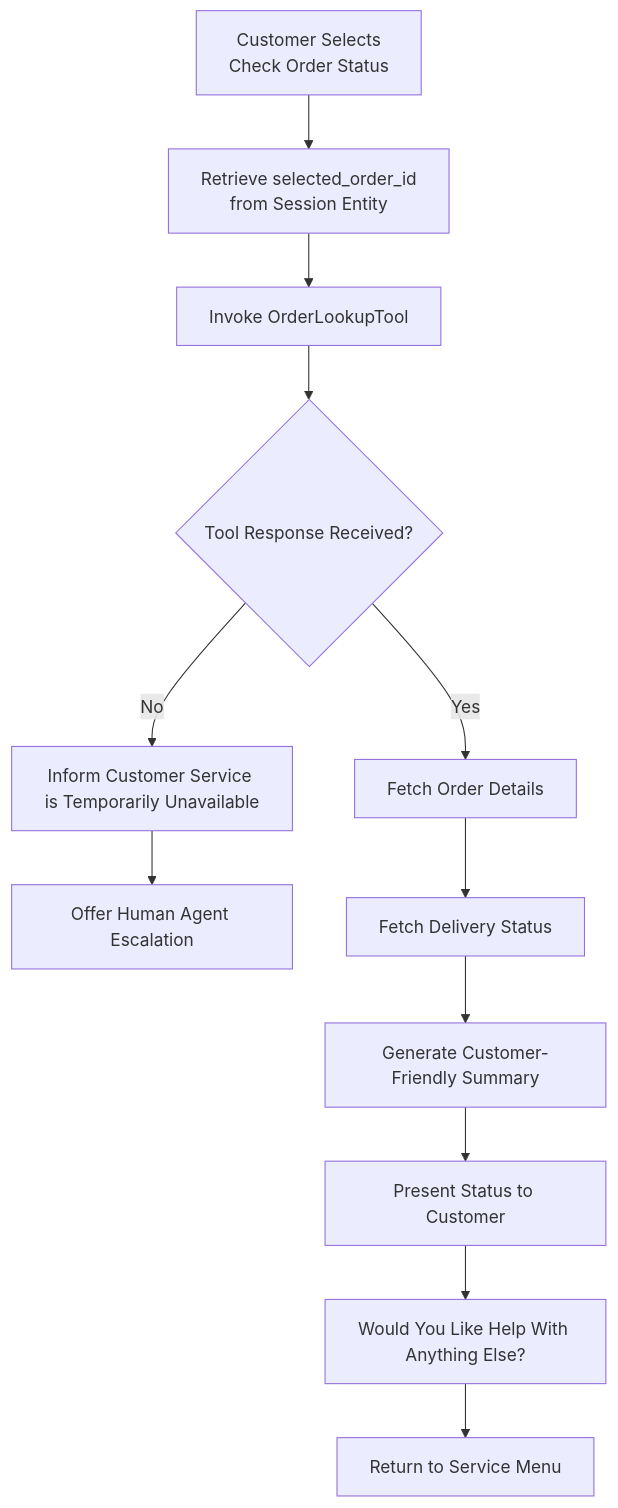
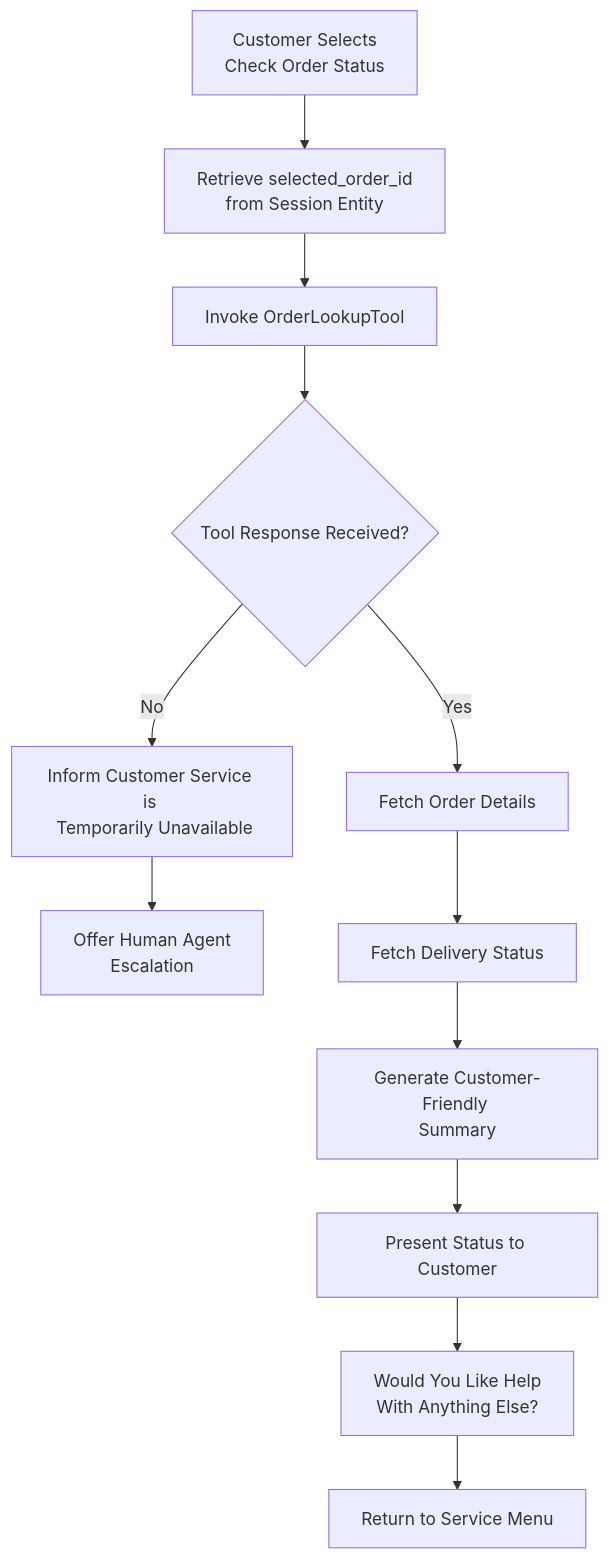
The second of 6 diagrams in docs/02_conversational_architecture.md (anshikasaini12/retail-cx-voice-agent-gcp), drawn with Mermaid before and after one commit. The commit also changed other lines of this file, not shown here.

````diff
--- a/docs/02_conversational_architecture.md
+++ b/docs/02_conversational_architecture.md
@@ -114,27 +114,27 @@
 ```mermaid
 flowchart TD
 
 A[Customer Selects<br/>Check Order Status]
 
 --> B[Retrieve selected_order_id<br/>from Session Entity]
 
 --> C[Invoke OrderLookupTool]
 
 --> D{Tool Response Received?}
 
-D -- No --> E[Inform Customer Service is Temporarily Unavailable]
+D -- No --> E[Inform Customer Service is <br/> Temporarily Unavailable]
 
-E --> F[Offer Human Agent Escalation]
+E --> F[Offer Human Agent <br/>Escalation]
 
 D -- Yes --> G[Fetch Order Details]
 
 G --> H[Fetch Delivery Status]
 
-H --> I[Generate Customer-Friendly Summary]
+H --> I[Generate Customer-Friendly <br/>Summary]
 
 I --> J[Present Status to Customer]
 
-J --> K[Would You Like Help With Anything Else?]
+J --> K[Would You Like Help <br/>With Anything Else?]
 
 K --> L[Return to Service Menu]
 ```
````
